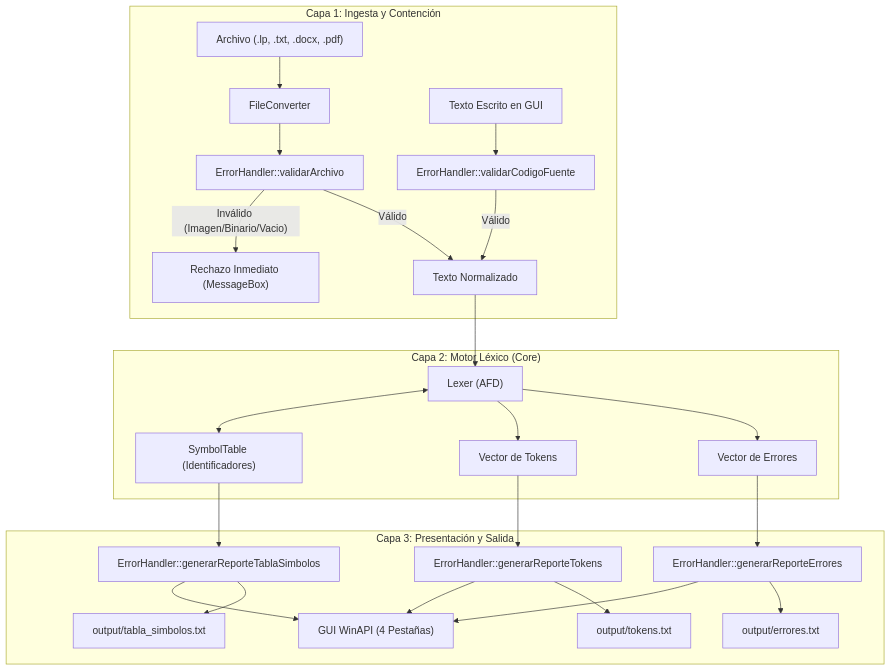
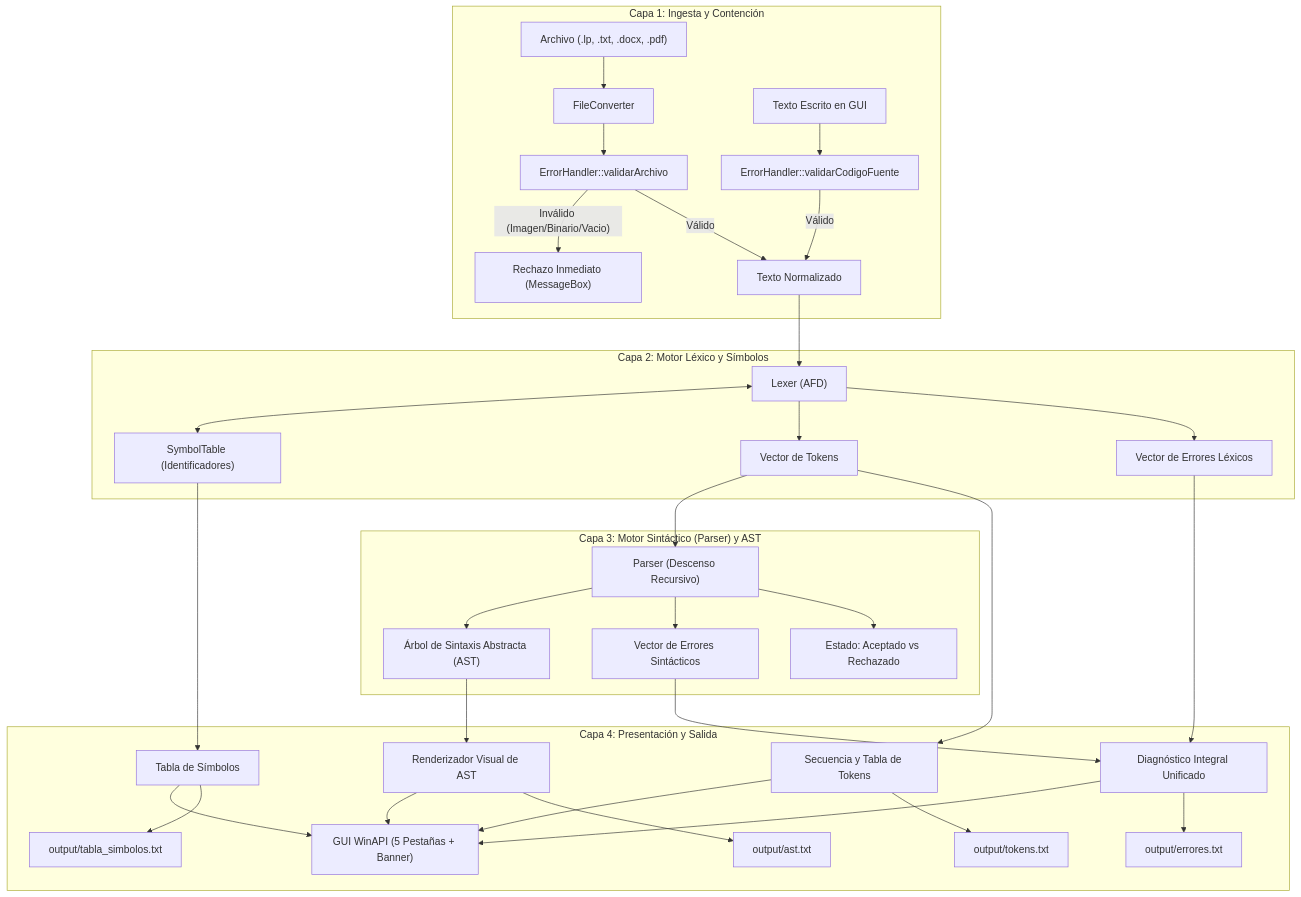
Before and after one commit to Quetzalq4321q/Compiladores: the first of 2 diagrams in ARQUITECTURA.md, drawn with Mermaid. The commit also changed other lines of this file and 29 other files, not shown here.

Commit message:
feat: implementacion completa del analizador sintactico por descenso recursivo (Parser), arbol AST, GUI con 5 pestanas y evidencias de Entregable 1

````diff
--- a/ARQUITECTURA.md
+++ b/ARQUITECTURA.md
@@ -11,30 +11,37 @@
 ```mermaid
 flowchart TD
     subgraph Entrada["Capa 1: Ingesta y Contención"]
         A["Archivo (.lp, .txt, .docx, .pdf)"] --> B["FileConverter"]
         C["Texto Escrito en GUI"] --> D["ErrorHandler::validarCodigoFuente"]
         B --> E["ErrorHandler::validarArchivo"]
         E -- "Inválido (Imagen/Binario/Vacio)" --> F["Rechazo Inmediato (MessageBox)"]
         E -- "Válido" --> G["Texto Normalizado"]
         D -- "Válido" --> G
     end
 
-    subgraph Nucleo["Capa 2: Motor Léxico (Core)"]
+    subgraph Nucleo["Capa 2: Motor Léxico y Símbolos"]
         G --> H["Lexer (AFD)"]
         H <--> I["SymbolTable (Identificadores)"]
         H --> J["Vector de Tokens"]
-        H --> K["Vector de Errores"]
+        H --> K["Vector de Errores Léxicos"]
     end
 
-    subgraph Presentacion["Capa 3: Presentación y Salida"]
-        J --> L["ErrorHandler::generarReporteTokens"]
-        I --> M["ErrorHandler::generarReporteTablaSimbolos"]
-        K --> N["ErrorHandler::generarReporteErrores"]
-        L --> O["GUI WinAPI (4 Pestañas)"]
-        M --> O
-        N --> O
-        L --> P["output/tokens.txt"]
-        M --> Q["output/tabla_simbolos.txt"]
-        N --> R["output/errores.txt"]
+    subgraph Sintactico["Capa 3: Motor Sintáctico (Parser) y AST"]
+        J --> L["Parser (Descenso Recursivo)"]
+        L --> M["Árbol de Sintaxis Abstracta (AST)"]
+        L --> N["Vector de Errores Sintácticos"]
+        L --> O["Estado: Aceptado vs Rechazado"]
+    end
+
+    subgraph Presentacion["Capa 4: Presentación y Salida"]
+        J --> P["Secuencia y Tabla de Tokens"]
+        I --> Q["Tabla de Símbolos"]
+        M --> R["Renderizador Visual de AST"]
+        K & N --> S["Diagnóstico Integral Unificado"]
+        P & Q & R & S --> T["GUI WinAPI (5 Pestañas + Banner)"]
+        P --> U["output/tokens.txt"]
+        Q --> V["output/tabla_simbolos.txt"]
+        R --> W["output/ast.txt"]
+        S --> X["output/errores.txt"]
     end
 ```
````
